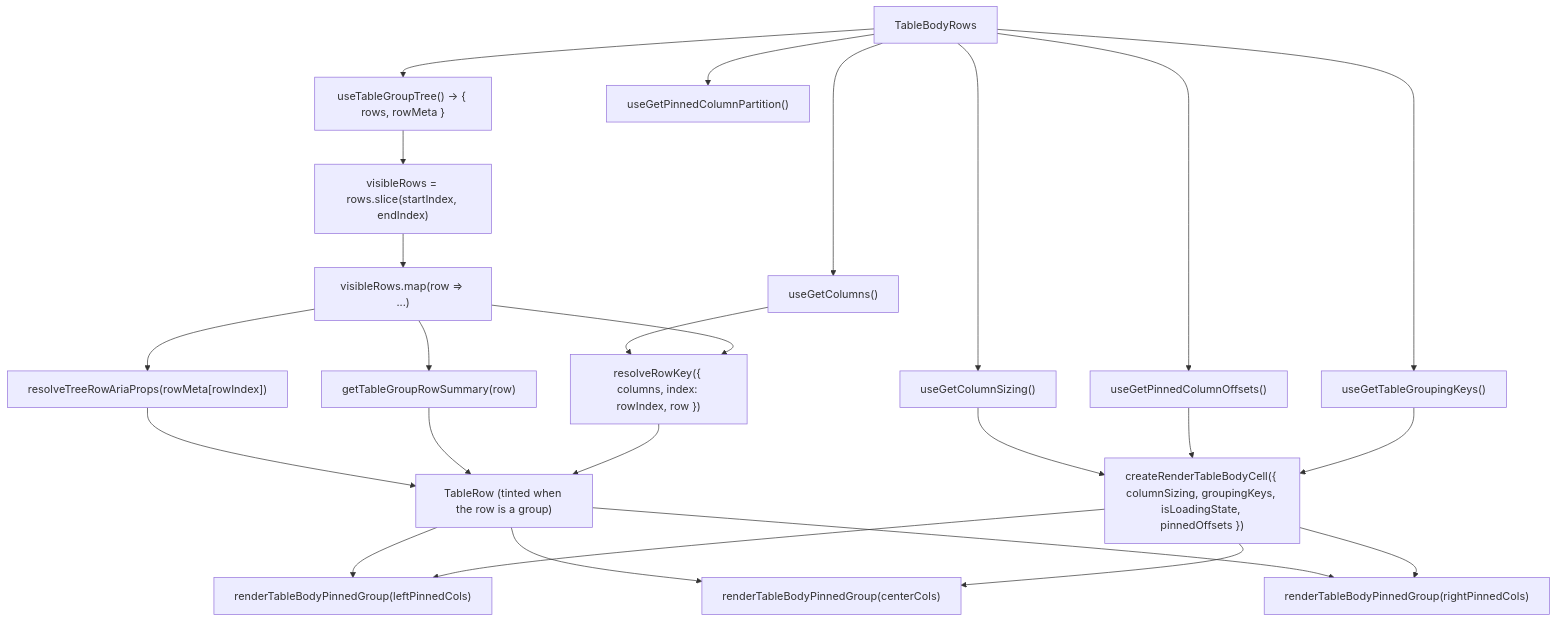
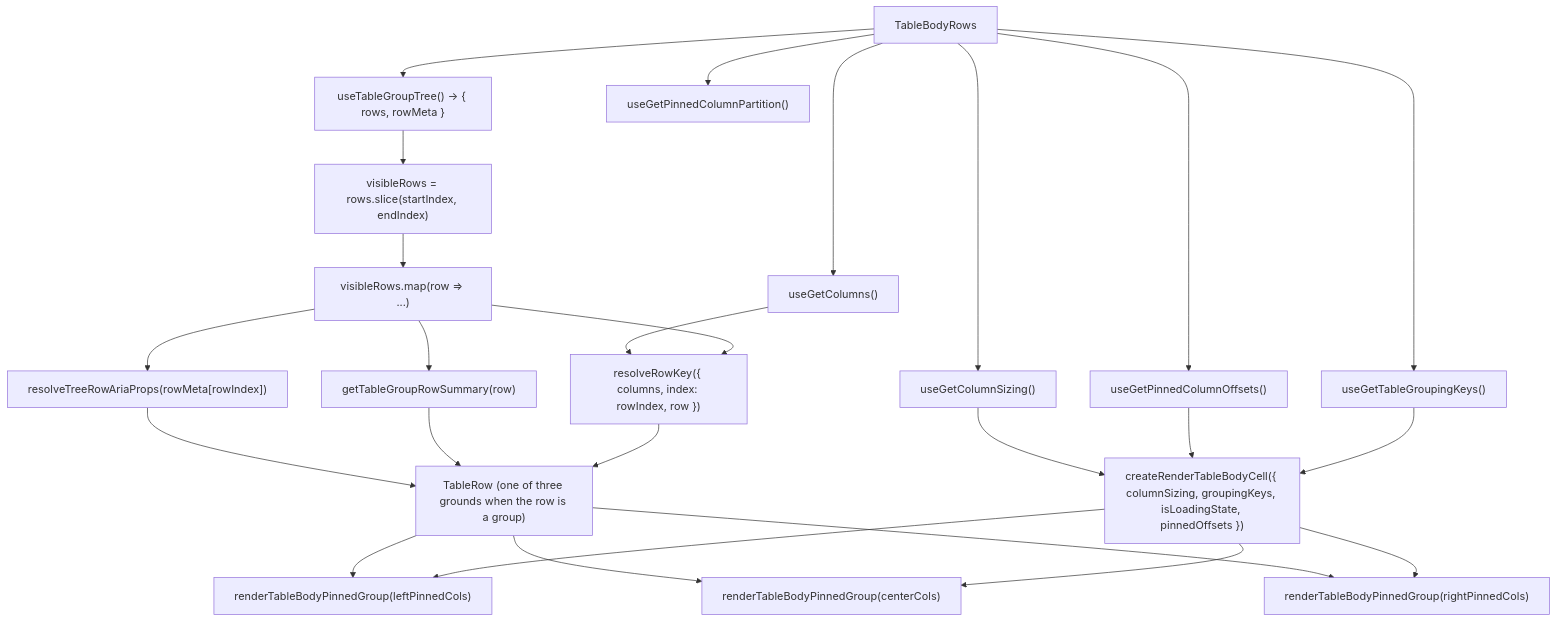
Before and after one commit to luciocabrera/lcabrera-stack: the diagram in packages/ui/src/components/Table/TableBodyRows/ARCHITECTURE.md, drawn with Mermaid. The commit also changed other lines of this file and 25 other files, not shown here.

````diff
--- a/packages/ui/src/components/Table/TableBodyRows/ARCHITECTURE.md
+++ b/packages/ui/src/components/Table/TableBodyRows/ARCHITECTURE.md
@@ -63,30 +64,30 @@
 ```mermaid
 graph TD
   TBR["TableBodyRows"] --> data["useTableGroupTree() → { rows, rowMeta }"]
   TBR --> COL["useGetColumns()"]
   TBR --> CG["useGetPinnedColumnPartition()"]
   TBR --> CS["useGetColumnSizing()"]
   TBR --> PO["useGetPinnedColumnOffsets()"]
 
   TBR --> GK["useGetTableGroupingKeys()"]
 
   data --> slice["visibleRows = rows.slice(startIndex, endIndex)"]
   CS --> renderer["createRenderTableBodyCell({ columnSizing, groupingKeys, isLoadingState, pinnedOffsets })"]
   PO --> renderer
   GK --> renderer
 
   slice --> map["visibleRows.map(row => ...)"]
   COL --> key["resolveRowKey({ columns, index: rowIndex, row })"]
   map --> key
   map --> tree["resolveTreeRowAriaProps(rowMeta[rowIndex])"]
   map --> summary["getTableGroupRowSummary(row)"]
   tree --> TR
-  summary --> TR["TableRow (tinted when the row is a group)"]
+  summary --> TR["TableRow (one of three grounds when the row is a group)"]
   key --> TR
   TR --> left["renderTableBodyPinnedGroup(leftPinnedCols)"]
   TR --> center["renderTableBodyPinnedGroup(centerCols)"]
   TR --> right["renderTableBodyPinnedGroup(rightPinnedCols)"]
   renderer --> left
   renderer --> center
   renderer --> right
 ```
````
